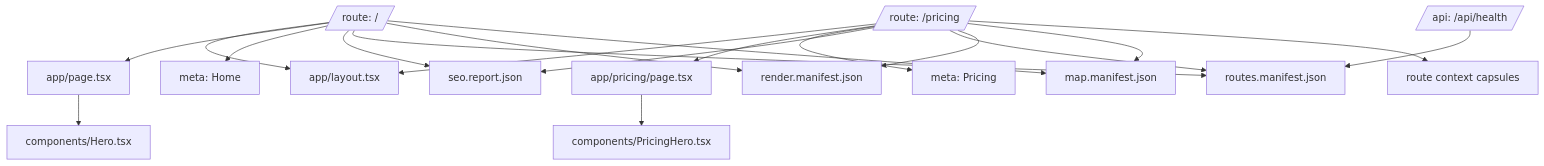
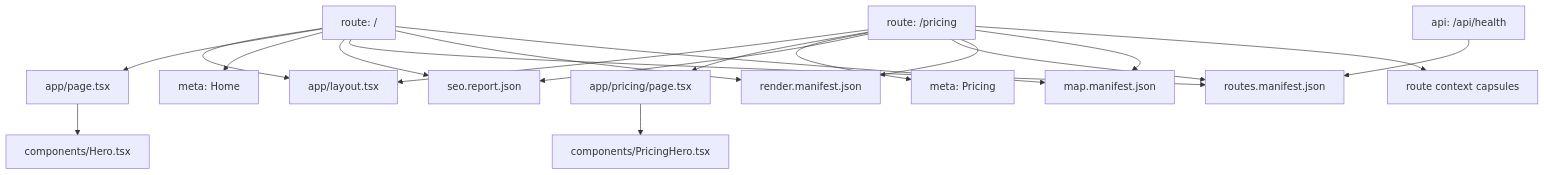
The tenth of 10 diagrams in docs/app-graph-visual.md (byronwade/NeedleStart), drawn with Mermaid before and after one commit. The commit also changed other lines of this file, not shown here.

Commit message:
docs: harden Mermaid app graph diagrams

````diff
--- a/docs/app-graph-visual.md
+++ b/docs/app-graph-visual.md
@@ -352,37 +352,37 @@
 ```mermaid
 flowchart TB
-  Home[/route: //]
-  Pricing[/route: /pricing/]
-  API[/api: /api/health/]
-  RootLayout[app/layout.tsx]
-  HomePage[app/page.tsx]
-  PricingPage[app/pricing/page.tsx]
-  Hero[components/Hero.tsx]
-  PricingHero[components/PricingHero.tsx]
-  MetaHome[meta: Home]
-  MetaPricing[meta: Pricing]
-  SEOReport[seo.report.json]
-  RoutesManifest[routes.manifest.json]
-  RenderManifest[render.manifest.json]
-  MapManifest[map.manifest.json]
-  AgentCtx[route context capsules]
+  Home["route: /"]
+  Pricing["route: /pricing"]
+  API["api: /api/health"]
+  RootLayout["app/layout.tsx"]
+  HomePage["app/page.tsx"]
+  PricingPage["app/pricing/page.tsx"]
+  Hero["components/Hero.tsx"]
+  PricingHero["components/PricingHero.tsx"]
+  MetaHome["meta: Home"]
+  MetaPricing["meta: Pricing"]
+  SEOReport["seo.report.json"]
+  RoutesManifest["routes.manifest.json"]
+  RenderManifest["render.manifest.json"]
+  MapManifest["map.manifest.json"]
+  AgentCtx["route context capsules"]
 
   Home --> RootLayout
   Pricing --> RootLayout
   Home --> HomePage
   Pricing --> PricingPage
   HomePage --> Hero
   PricingPage --> PricingHero
   Home --> MetaHome
   Pricing --> MetaPricing
   Home --> SEOReport
   Pricing --> SEOReport
   Home --> RoutesManifest
   Pricing --> RoutesManifest
   API --> RoutesManifest
   Home --> RenderManifest
   Pricing --> RenderManifest
   Home --> MapManifest
   Pricing --> MapManifest
   Pricing --> AgentCtx
 ```
````
